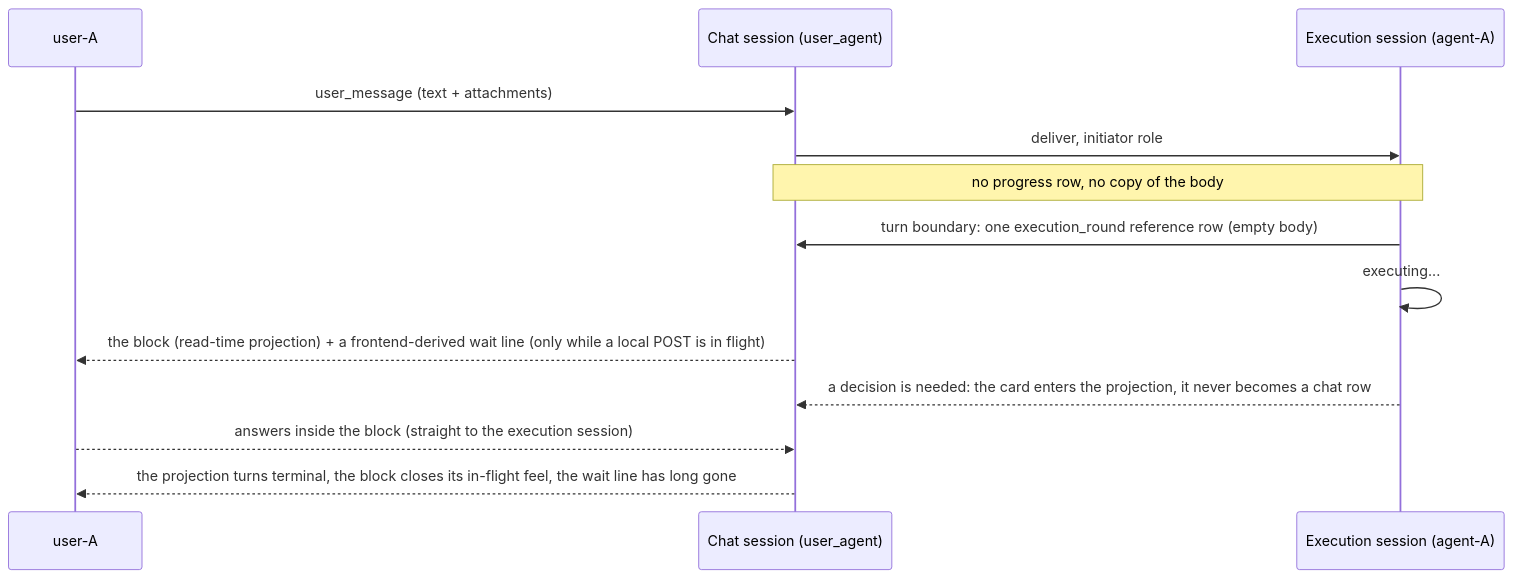
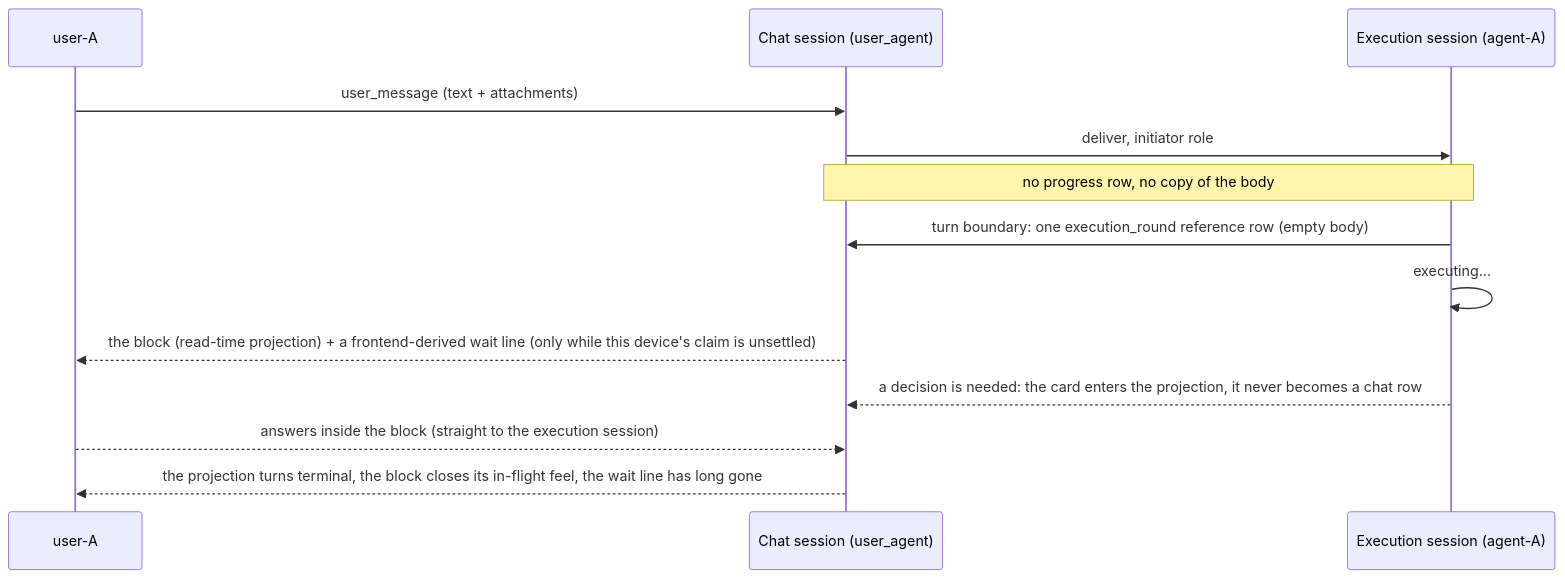
Before and after one commit to acowork/acowork: the sixth of 10 diagrams in docs/design/en/27-intent-messaging-and-group-chat.md, drawn with Mermaid. The commit also changed other lines of this file and 100 other files, not shown here.

````diff
--- a/docs/design/en/27-intent-messaging-and-group-chat.md
+++ b/docs/design/en/27-intent-messaging-and-group-chat.md
@@ -536,15 +540,15 @@
 ```mermaid
 sequenceDiagram
     participant U as user-A
     participant CS as Chat session (user_agent)
     participant ES as Execution session (agent-A)
     U->>CS: user_message (text + attachments)
     CS->>ES: deliver, initiator role
     Note over ES,CS: no progress row, no copy of the body
     ES->>CS: turn boundary: one execution_round reference row (empty body)
     ES->>ES: executing...
-    CS-->>U: the block (read-time projection) + a frontend-derived wait line (only while a local POST is in flight)
+    CS-->>U: the block (read-time projection) + a frontend-derived wait line (only while this device's claim is unsettled)
     ES-->>CS: a decision is needed: the card enters the projection, it never becomes a chat row
     U-->>CS: answers inside the block (straight to the execution session)
     CS-->>U: the projection turns terminal, the block closes its in-flight feel, the wait line has long gone
 ```
````
